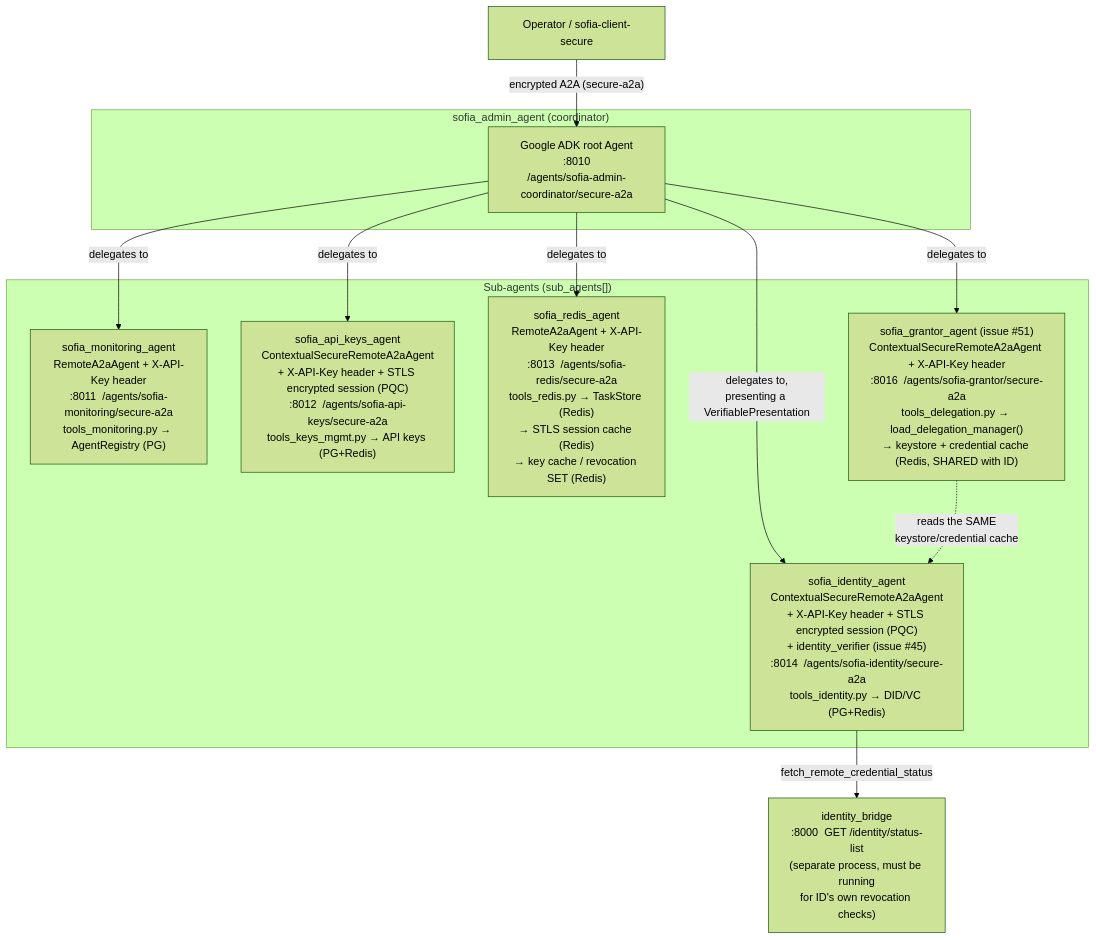
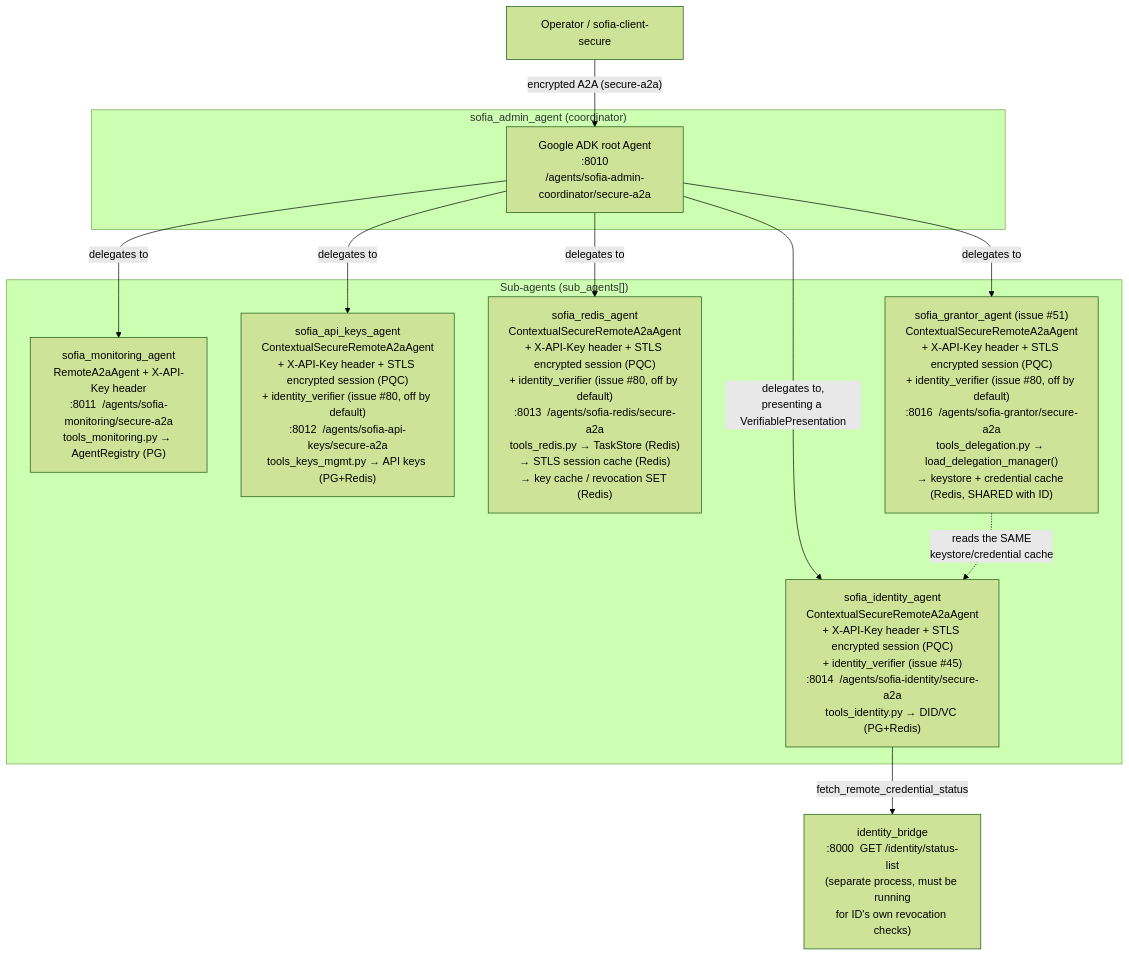
The diagram in samples/server/sofia-admin/README.md (sparkle-stls-ai/stls-ai), drawn with Mermaid (forest theme) before and after one commit. The commit also changed other lines of this file and 13 other files, not shown here.

````diff
--- a/samples/server/sofia-admin/README.md
+++ b/samples/server/sofia-admin/README.md
@@ -56,27 +59,27 @@
 ```mermaid
 flowchart TB
     OP["Operator / sofia-client-secure"]
 
     subgraph Coordinator["sofia_admin_agent (coordinator)"]
         CO["Google ADK root Agent\n:8010\n/agents/sofia-admin-coordinator/secure-a2a"]
     end
 
     subgraph SubAgents["Sub-agents (sub_agents[])"]
         MON["sofia_monitoring_agent\nRemoteA2aAgent + X-API-Key header\n:8011  /agents/sofia-monitoring/secure-a2a\ntools_monitoring.py → AgentRegistry (PG)"]
-        KEYS["sofia_api_keys_agent\nContextualSecureRemoteA2aAgent\n+ X-API-Key header + STLS encrypted session (PQC)\n:8012  /agents/sofia-api-keys/secure-a2a\ntools_keys_mgmt.py → API keys (PG+Redis)"]
-        RED["sofia_redis_agent\nRemoteA2aAgent + X-API-Key header\n:8013  /agents/sofia-redis/secure-a2a\ntools_redis.py → TaskStore (Redis)\n→ STLS session cache (Redis)\n→ key cache / revocation SET (Redis)"]
+        KEYS["sofia_api_keys_agent\nContextualSecureRemoteA2aAgent\n+ X-API-Key header + STLS encrypted session (PQC)\n+ identity_verifier (issue #80, off by default)\n:8012  /agents/sofia-api-keys/secure-a2a\ntools_keys_mgmt.py → API keys (PG+Redis)"]
+        RED["sofia_redis_agent\nContextualSecureRemoteA2aAgent\n+ X-API-Key header + STLS encrypted session (PQC)\n+ identity_verifier (issue #80, off by default)\n:8013  /agents/sofia-redis/secure-a2a\ntools_redis.py → TaskStore (Redis)\n→ STLS session cache (Redis)\n→ key cache / revocation SET (Redis)"]
         ID["sofia_identity_agent\nContextualSecureRemoteA2aAgent\n+ X-API-Key header + STLS encrypted session (PQC)\n+ identity_verifier (issue #45)\n:8014  /agents/sofia-identity/secure-a2a\ntools_identity.py → DID/VC (PG+Redis)"]
-        GRANT["sofia_grantor_agent (issue #51)\nContextualSecureRemoteA2aAgent + X-API-Key header\n:8016  /agents/sofia-grantor/secure-a2a\ntools_delegation.py → load_delegation_manager()\n→ keystore + credential cache (Redis, SHARED with ID)"]
+        GRANT["sofia_grantor_agent (issue #51)\nContextualSecureRemoteA2aAgent\n+ X-API-Key header + STLS encrypted session (PQC)\n+ identity_verifier (issue #80, off by default)\n:8016  /agents/sofia-grantor/secure-a2a\ntools_delegation.py → load_delegation_manager()\n→ keystore + credential cache (Redis, SHARED with ID)"]
     end
 
     BRIDGE["identity_bridge\n:8000  GET /identity/status-list\n(separate process, must be running\nfor ID's own revocation checks)"]
 
     OP -->|"encrypted A2A (secure-a2a)"| CO
     CO -->|"delegates to"| MON
     CO -->|"delegates to"| KEYS
     CO -->|"delegates to"| RED
     CO -->|"delegates to,\npresenting a VerifiablePresentation"| ID
     CO -->|"delegates to"| GRANT
     ID -->|"fetch_remote_credential_status"| BRIDGE
     GRANT -.->|"reads the SAME\nkeystore/credential cache"| ID
 ```
````
